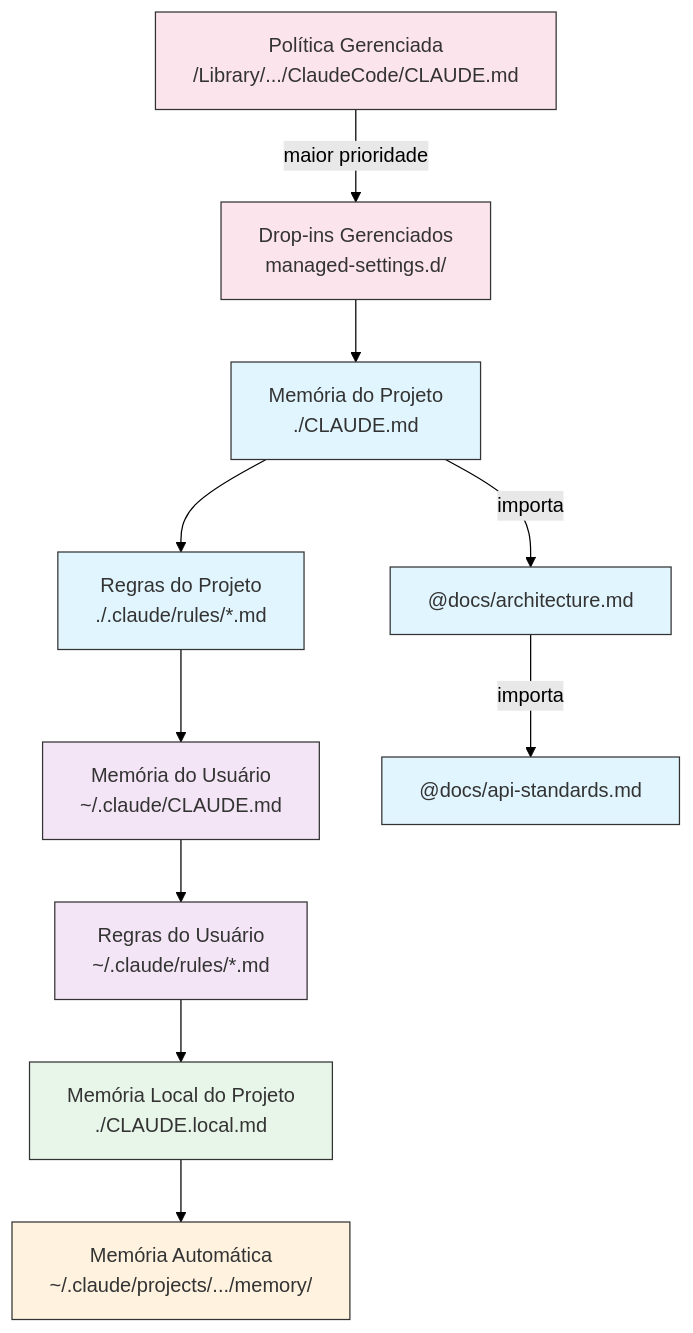
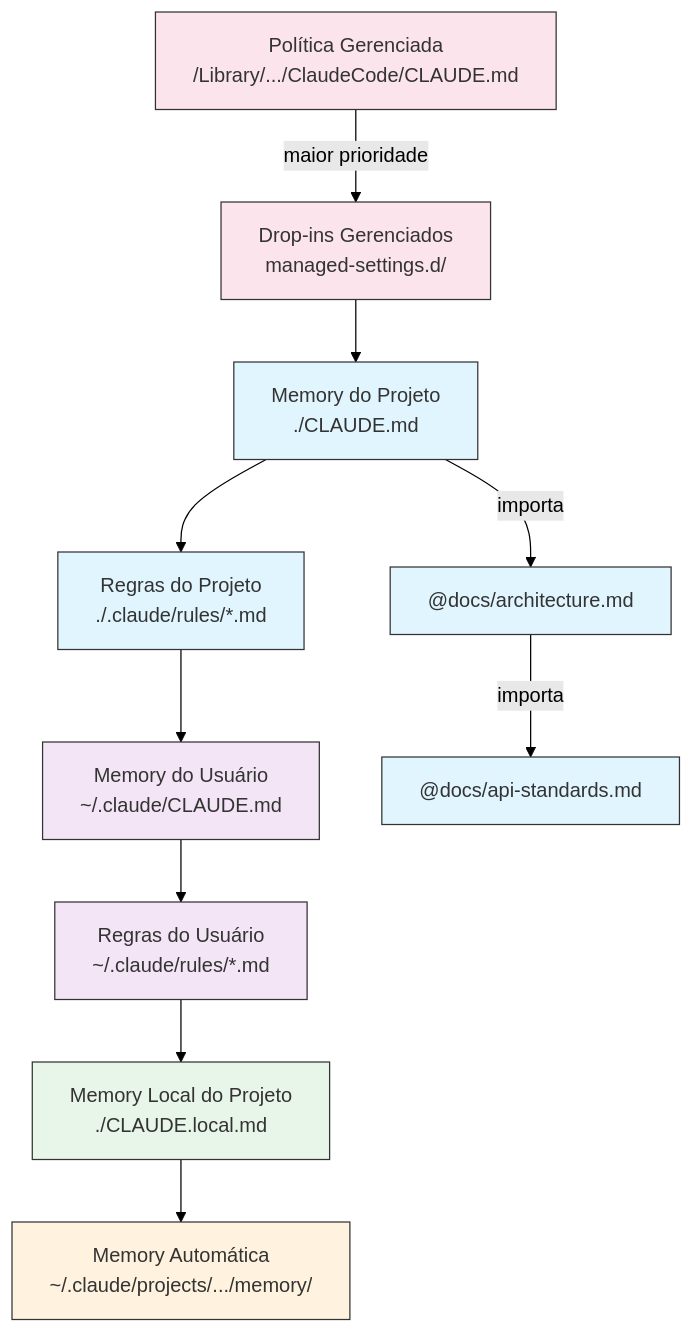
Before and after one commit to Diegobecker07/claude-howto: the second of 5 diagrams in pt-BR/02-memory/README.md, drawn with Mermaid (forest theme). The commit also changed other lines of this file and 26 other files, not shown here.

````diff
--- a/pt-BR/02-memory/README.md
+++ b/pt-BR/02-memory/README.md
@@ -252,24 +252,24 @@
 ```mermaid
 graph TD
     A["Política Gerenciada<br/>/Library/.../ClaudeCode/CLAUDE.md"] -->|maior prioridade| A2["Drop-ins Gerenciados<br/>managed-settings.d/"]
-    A2 --> B["Memória do Projeto<br/>./CLAUDE.md"]
+    A2 --> B["Memory do Projeto<br/>./CLAUDE.md"]
     B --> C["Regras do Projeto<br/>./.claude/rules/*.md"]
-    C --> D["Memória do Usuário<br/>~/.claude/CLAUDE.md"]
+    C --> D["Memory do Usuário<br/>~/.claude/CLAUDE.md"]
     D --> E["Regras do Usuário<br/>~/.claude/rules/*.md"]
-    E --> F["Memória Local do Projeto<br/>./CLAUDE.local.md"]
-    F --> G["Memória Automática<br/>~/.claude/projects/.../memory/"]
+    E --> F["Memory Local do Projeto<br/>./CLAUDE.local.md"]
+    F --> G["Memory Automática<br/>~/.claude/projects/.../memory/"]
 
     B -->|importa| H["@docs/architecture.md"]
     H -->|importa| I["@docs/api-standards.md"]
 
     style A fill:#fce4ec,stroke:#333,color:#333
     style A2 fill:#fce4ec,stroke:#333,color:#333
     style B fill:#e1f5fe,stroke:#333,color:#333
     style C fill:#e1f5fe,stroke:#333,color:#333
     style D fill:#f3e5f5,stroke:#333,color:#333
     style E fill:#f3e5f5,stroke:#333,color:#333
     style F fill:#e8f5e9,stroke:#333,color:#333
     style G fill:#fff3e0,stroke:#333,color:#333
     style H fill:#e1f5fe,stroke:#333,color:#333
     style I fill:#e1f5fe,stroke:#333,color:#333
 ```
````
